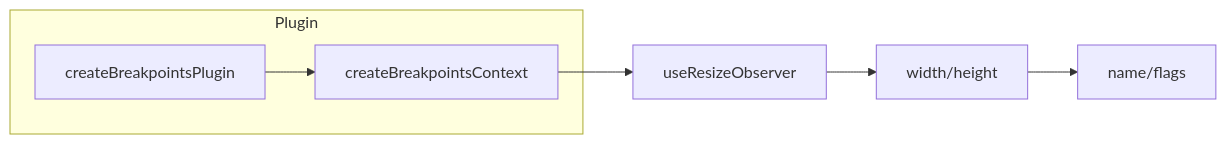
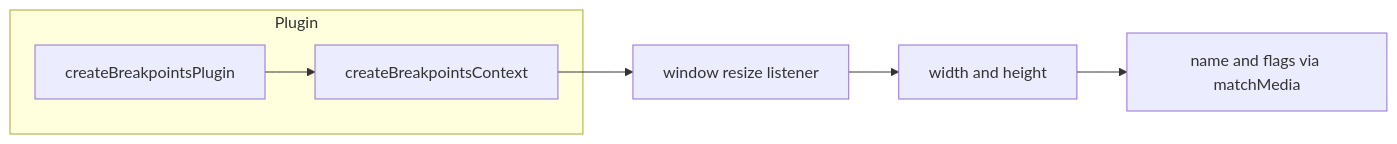
The diagram in apps/docs/src/pages/composables/plugins/use-breakpoints.md (vuetifyjs/0), drawn with Mermaid before and after one commit. The commit also changed other lines of this file and 55 other files, not shown here.

````diff
--- a/apps/docs/src/pages/composables/plugins/use-breakpoints.md
+++ b/apps/docs/src/pages/composables/plugins/use-breakpoints.md
@@ -92,10 +92,10 @@
 ```mermaid "Breakpoints Plugin"
 flowchart LR
   subgraph Plugin
     createBreakpointsPlugin --> createBreakpointsContext
   end
 
-  createBreakpointsContext --> useResizeObserver
-  useResizeObserver --> viewport[width/height]
-  viewport --> breakpoint[name/flags]
+  createBreakpointsContext --> resizeListener[window resize listener]
+  resizeListener --> viewport[width and height]
+  viewport --> breakpoint[name and flags via matchMedia]
 ```
````
